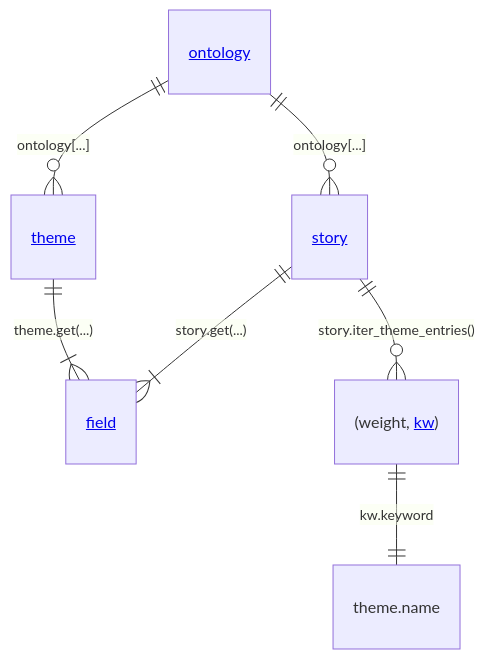
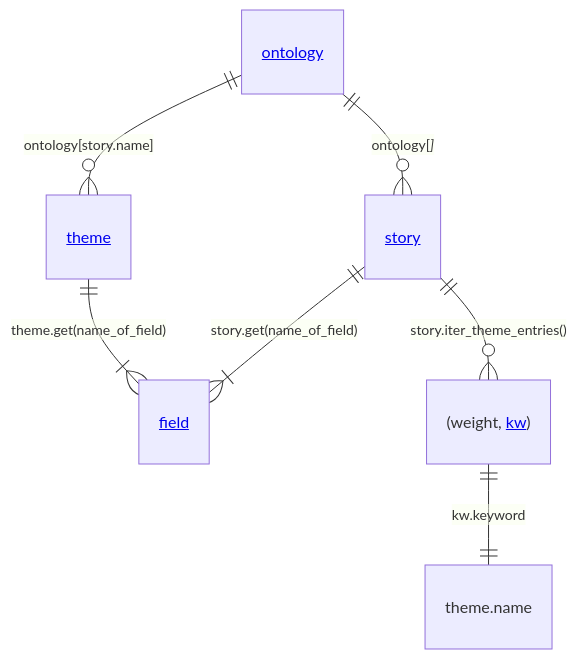
One commit to theme-ontology/python-totolo changed the diagram in README.md. Above: the diagram before and after it, drawn with Mermaid.

````diff
--- a/README.md
+++ b/README.md
@@ -17,9 +17,9 @@
 ```mermaid
 erDiagram
-    "<A href='https://github.com/theme-ontology/python-totolo/blob/main/totolo/ontology.py'>ontology</A>" ||--o{ "<A href='https://github.com/theme-ontology/python-totolo/blob/main/totolo/story.py'>story</A>" : "ontology[...]"
-    "<A href='https://github.com/theme-ontology/python-totolo/blob/main/totolo/ontology.py'>ontology</A>" ||--o{ "<A href='https://github.com/theme-ontology/python-totolo/blob/main/totolo/theme.py'>theme</A>" : "ontology[...]"
-    "<A href='https://github.com/theme-ontology/python-totolo/blob/main/totolo/theme.py'>theme</A>" ||--|{ "<A href='https://github.com/theme-ontology/python-totolo/blob/main/totolo/field.py'>field</A>" : "theme.get(...)"
-    "<A href='https://github.com/theme-ontology/python-totolo/blob/main/totolo/story.py'>story</A>" ||--|{ "<A href='https://github.com/theme-ontology/python-totolo/blob/main/totolo/field.py'>field</A>" : "story.get(...)"
+    "<A href='https://github.com/theme-ontology/python-totolo/blob/main/totolo/ontology.py'>ontology</A>" ||--o{ "<A href='https://github.com/theme-ontology/python-totolo/blob/main/totolo/story.py'>story</A>" : "ontology[<i><smalletheme.name</i>]"
+    "<A href='https://github.com/theme-ontology/python-totolo/blob/main/totolo/ontology.py'>ontology</A>" ||--o{ "<A href='https://github.com/theme-ontology/python-totolo/blob/main/totolo/theme.py'>theme</A>" : "ontology[story.name]"
+    "<A href='https://github.com/theme-ontology/python-totolo/blob/main/totolo/theme.py'>theme</A>" ||--|{ "<A href='https://github.com/theme-ontology/python-totolo/blob/main/totolo/field.py'>field</A>" : "theme.get(name_of_field)"
+    "<A href='https://github.com/theme-ontology/python-totolo/blob/main/totolo/story.py'>story</A>" ||--|{ "<A href='https://github.com/theme-ontology/python-totolo/blob/main/totolo/field.py'>field</A>" : "story.get(name_of_field)"
     "<A href='https://github.com/theme-ontology/python-totolo/blob/main/totolo/story.py'>story</A>" ||--o{ "(weight, <A href='https://github.com/theme-ontology/python-totolo/blob/main/totolo/keyword.py'>kw</A>)" : "story.iter_theme_entries()"
     "(weight, <A href='https://github.com/theme-ontology/python-totolo/blob/main/totolo/keyword.py'>kw</A>)" 1--1 "theme.name" : "kw.keyword"
 ```
````
